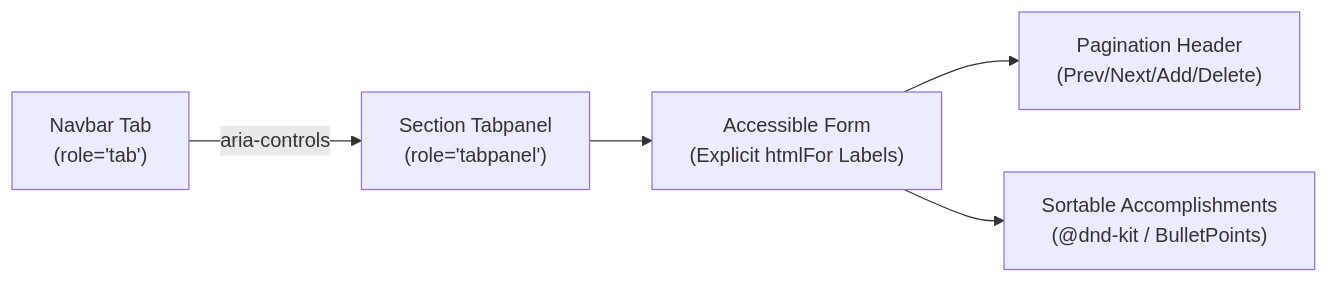
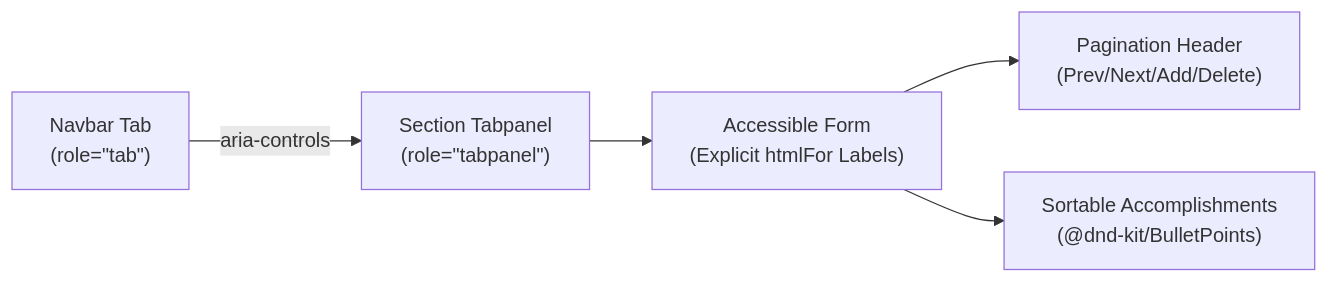
Before and after one commit to fiftythanks/resume-constructor: the diagram in docs/src/content/docs/guides/form-engineering.md, drawn with Mermaid. The commit also changed other lines of this file and 1 other file, not shown here.

First line of the commit message:
docs: use #quot; in mermaid flowcharts

````diff
--- a/docs/src/content/docs/guides/form-engineering.md
+++ b/docs/src/content/docs/guides/form-engineering.md
@@ -10,7 +8,7 @@
 ```mermaid
 flowchart LR
-    NavbarTab["Navbar Tab<br/>(role='tab')"] -->|aria-controls| SectionPanel["Section Tabpanel<br/>(role='tabpanel')"]
+    NavbarTab["Navbar Tab<br/>(role=#quot;tab#quot;)"] -->|aria-controls| SectionPanel["Section Tabpanel<br/>(role=#quot;tabpanel#quot;)"]
     SectionPanel --> SectionForm["Accessible Form<br/>(Explicit htmlFor Labels)"]
     SectionForm --> PaginationNav["Pagination Header<br/>(Prev/Next/Add/Delete)"]
-    SectionForm --> SortableList["Sortable Accomplishments<br/>(@dnd-kit / BulletPoints)"]
+    SectionForm --> SortableList["Sortable Accomplishments<br/>(@dnd-kit/BulletPoints)"]
 ```
````
